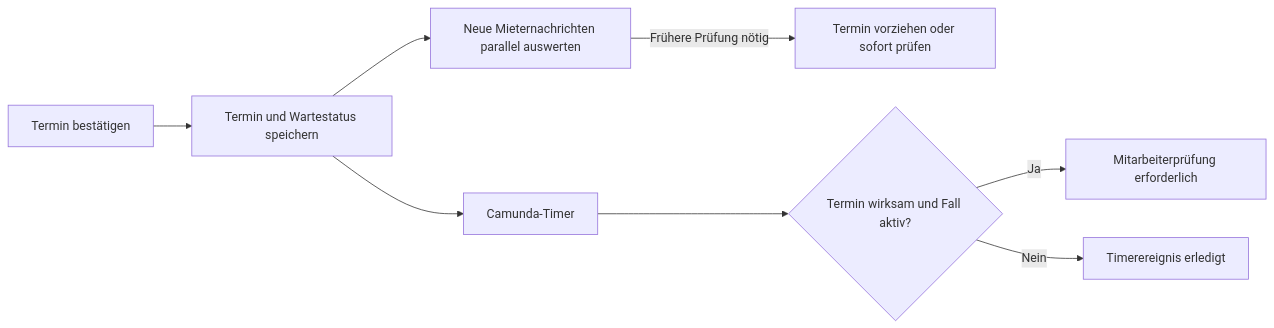
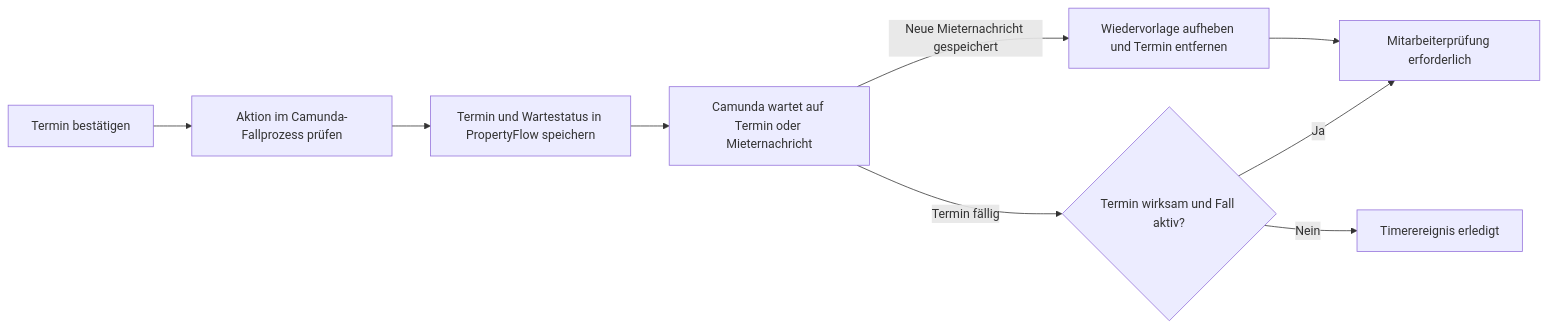
The second of 2 diagrams in docs/use_cases/UC-013-wiedervorlage-verwalten.md (permarco/propertyflow), drawn with Mermaid before and after one commit. The commit also changed other lines of this file and 67 other files, not shown here.

````diff
--- a/docs/use_cases/UC-013-wiedervorlage-verwalten.md
+++ b/docs/use_cases/UC-013-wiedervorlage-verwalten.md
@@ -48,10 +49,11 @@
 ```mermaid
 flowchart LR
-    SETZEN["Termin bestätigen"] --> SPEICHERN["Termin und Wartestatus speichern"]
-    SPEICHERN --> TIMER["Camunda-Timer"]
-    SPEICHERN --> ANTWORT["Neue Mieternachrichten parallel auswerten"]
-    ANTWORT -->|"Frühere Prüfung nötig"| ANPASSEN["Termin vorziehen oder sofort prüfen"]
-    TIMER --> PRUEFEN{"Termin wirksam und Fall aktiv?"}
+    SETZEN["Termin bestätigen"] --> AKTION["Aktion im Camunda-Fallprozess prüfen"]
+    AKTION --> SPEICHERN["Termin und Wartestatus in PropertyFlow speichern"]
+    SPEICHERN --> WARTEN["Camunda wartet auf Termin oder Mieternachricht"]
+    WARTEN -->|"Neue Mieternachricht gespeichert"| AUFHEBEN["Wiedervorlage aufheben und Termin entfernen"]
+    AUFHEBEN --> MITARBEITER["Mitarbeiterprüfung erforderlich"]
+    WARTEN -->|"Termin fällig"| PRUEFEN{"Termin wirksam und Fall aktiv?"}
     PRUEFEN -->|"Ja"| MITARBEITER["Mitarbeiterprüfung erforderlich"]
     PRUEFEN -->|"Nein"| BEENDET["Timerereignis erledigt"]
 ```
````
